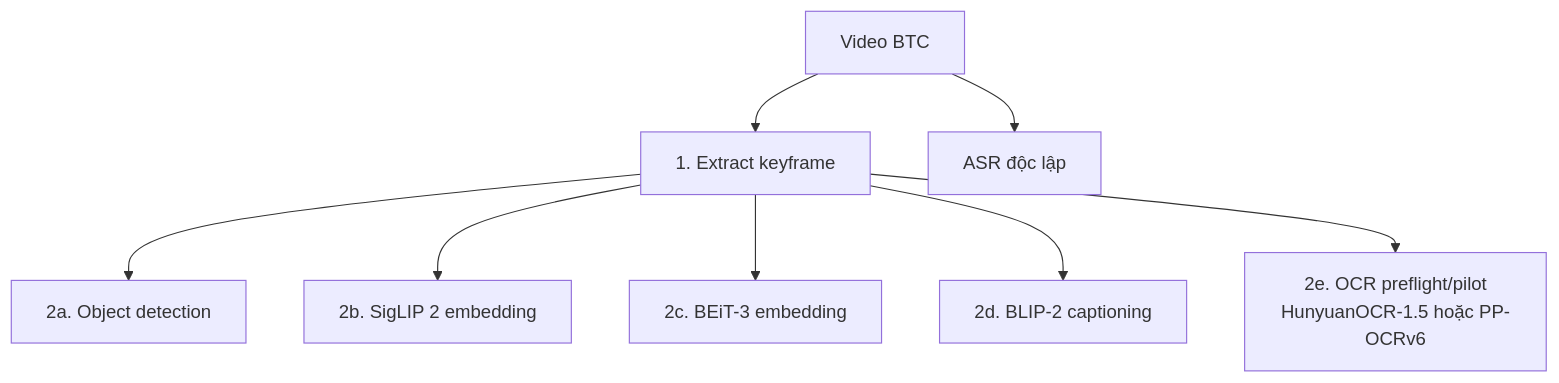
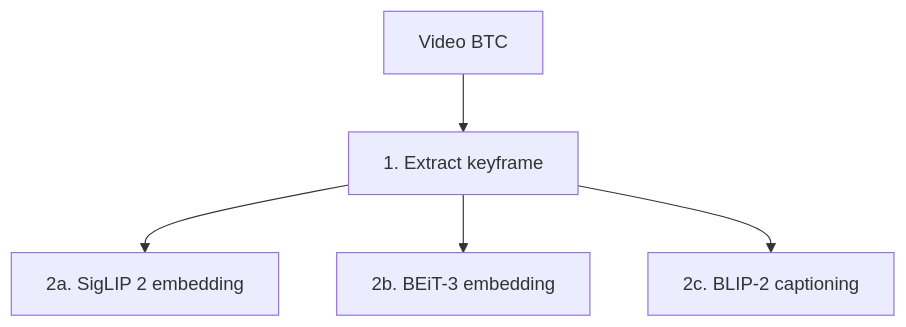
The diagram in notebooks/README.md (AIVIETNAM-AIO-LeWann/multimedia-video-rag), drawn with Mermaid before and after one commit. The commit also changed other lines of this file and 22 other files, not shown here.

````diff
--- a/notebooks/README.md
+++ b/notebooks/README.md
@@ -27,19 +25,13 @@
 ```mermaid
 flowchart TD
     V[Video BTC]
     K[1. Extract keyframe]
-    A[ASR độc lập]
-    O[2a. Object detection]
-    S[2b. SigLIP 2 embedding]
-    B[2c. BEiT-3 embedding]
-    C[2d. BLIP-2 captioning]
-    OCR[2e. OCR preflight/pilot<br/>HunyuanOCR-1.5 hoặc PP-OCRv6]
+    S[2a. SigLIP 2 embedding]
+    B[2b. BEiT-3 embedding]
+    C[2c. BLIP-2 captioning]
 
     V --> K
-    V --> A
-    K --> O
     K --> S
     K --> B
     K --> C
-    K --> OCR
 ```
````
